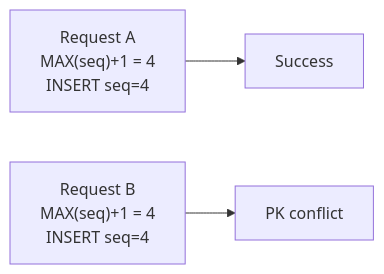
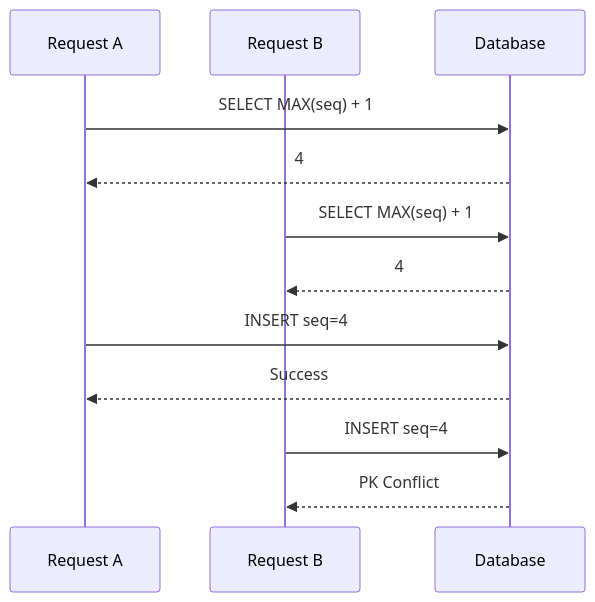
Before and after one commit to jw3418/jw3418.github.io: the first of 2 diagrams in _posts/2026-08-12-max-seq-concurrency.md, drawn with Mermaid. The commit also changed other lines of this file, not shown here.

First line of the commit message:
Enhance concurrency discussion for MAX(seq) + 1

````diff
--- a/_posts/2026-08-12-max-seq-concurrency.md
+++ b/_posts/2026-08-12-max-seq-concurrency.md
@@ -35,5 +135,18 @@
 ```mermaid
-flowchart LR
-    A1["Request A<br/>MAX(seq)+1 = 4<br/>INSERT seq=4"] --> A2["Success"]
-    B1["Request B<br/>MAX(seq)+1 = 4<br/>INSERT seq=4"] --> B2["PK conflict"]
+sequenceDiagram
+    participant A as Request A
+    participant B as Request B
+    participant DB as Database
+
+    A->>DB: SELECT MAX(seq) + 1
+    DB-->>A: 4
+
+    B->>DB: SELECT MAX(seq) + 1
+    DB-->>B: 4
+
+    A->>DB: INSERT seq=4
+    DB-->>A: Success
+
+    B->>DB: INSERT seq=4
+    DB-->>B: PK Conflict
 ```
````
